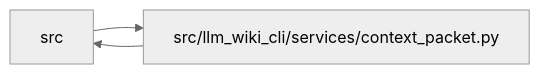
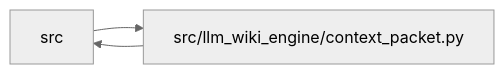
Before and after one commit to Denissvgn/python-wiki-llm: the diagram in docs/llm_wiki/modules/context_packet.md, drawn with Mermaid (neutral theme). The commit also changed other lines of this file and 577 other files, not shown here.

Commit message:
docs: refresh the wiki for the engine context packet

````diff
--- a/docs/llm_wiki/modules/context_packet.md
+++ b/docs/llm_wiki/modules/context_packet.md
@@ -61,8 +61,8 @@
 ```mermaid
 flowchart LR
     n0["src"]
-    n1["src/llm_wiki_cli/services/context_packet.py"]
+    n1["src/llm_wiki_engine/context_packet.py"]
     n0 --> n1
     n1 --> n0
     click n1 "../modules/context_packet.md"
 ```
````
